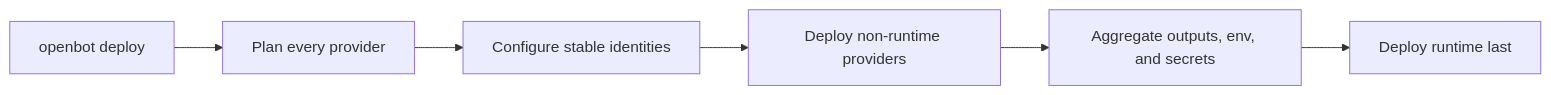
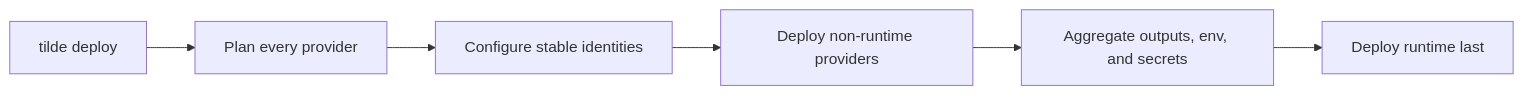
Before and after one commit to trytilde/dispatch: the diagram in docs/adrs/0006-provider-deployment-lifecycle.md, drawn with Mermaid. The commit also changed other lines of this file and 668 other files, not shown here.

````diff
--- a/docs/adrs/0006-provider-deployment-lifecycle.md
+++ b/docs/adrs/0006-provider-deployment-lifecycle.md
@@ -46,8 +46,8 @@
 ```mermaid
 flowchart LR
-  C["openbot deploy"] --> P["Plan every provider"]
+  C["tilde deploy"] --> P["Plan every provider"]
   P --> F["Configure stable identities"]
   F --> D["Deploy non-runtime providers"]
   D --> O["Aggregate outputs, env, and secrets"]
   O --> R["Deploy runtime last"]
 ```
````
